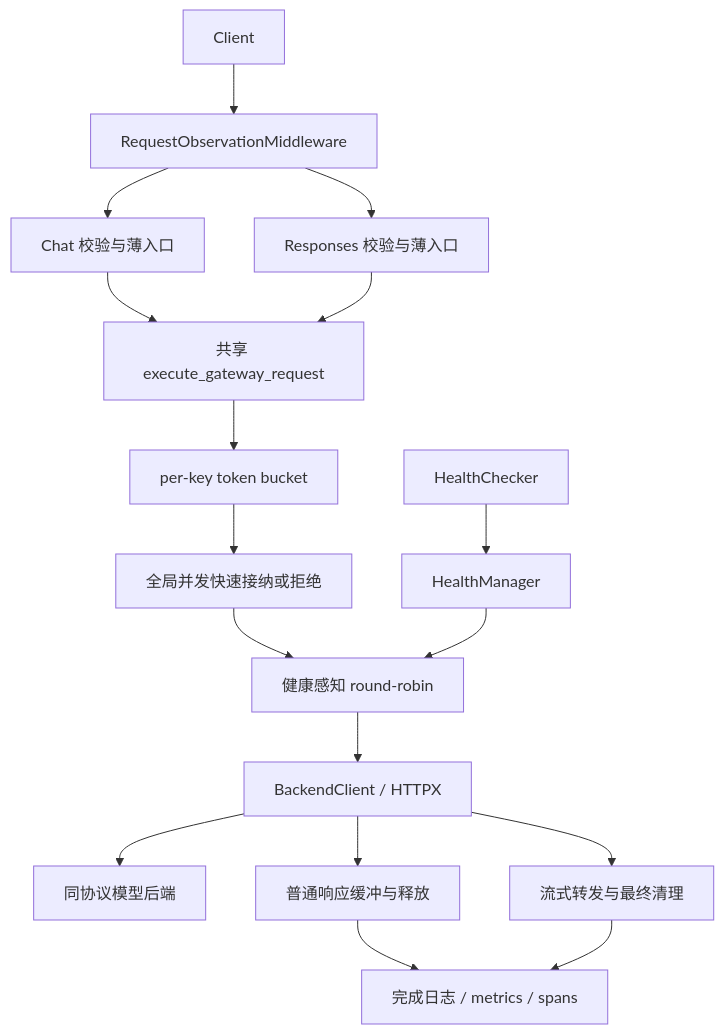
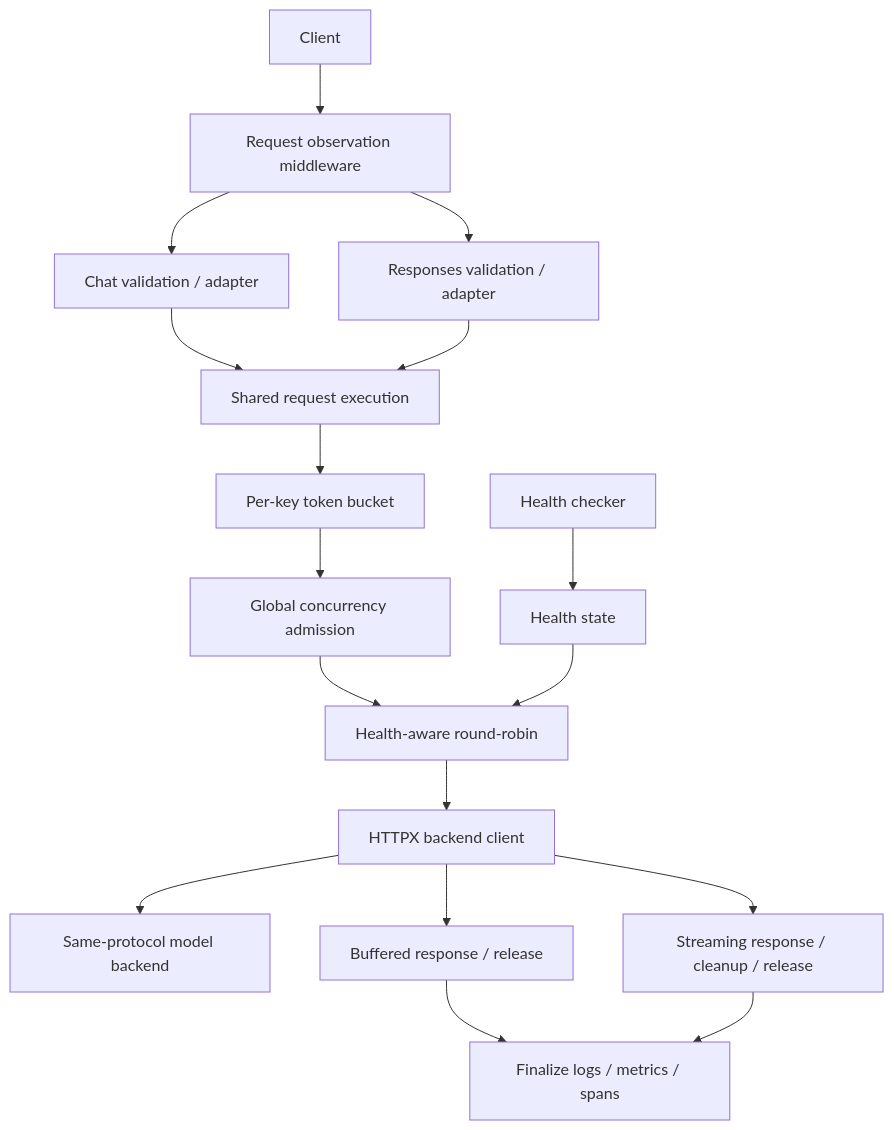
One commit to Zemaokk/infergate changed the diagram in docs/ARCHITECTURE.md. Above: the diagram before and after it, drawn with Mermaid. The commit also changed other lines of this file and 6 other files, not shown here.

````diff
--- a/docs/ARCHITECTURE.md
+++ b/docs/ARCHITECTURE.md
@@ -7,19 +11,19 @@
 ```mermaid
 flowchart TD
-    Client --> Observer[RequestObservationMiddleware]
-    Observer --> Chat[Chat 校验与薄入口]
-    Observer --> Responses[Responses 校验与薄入口]
-    Chat --> Core[共享 execute_gateway_request]
+    Client --> Observer[Request observation middleware]
+    Observer --> Chat[Chat validation / adapter]
+    Observer --> Responses[Responses validation / adapter]
+    Chat --> Core[Shared request execution]
     Responses --> Core
-    Core --> Key[per-key token bucket]
-    Key --> Capacity[全局并发快速接纳或拒绝]
-    Capacity --> Router[健康感知 round-robin]
-    Router --> HTTP[BackendClient / HTTPX]
-    HTTP --> Backend[同协议模型后端]
-    Probes[HealthChecker] --> Health[HealthManager]
+    Core --> Key[Per-key token bucket]
+    Key --> Capacity[Global concurrency admission]
+    Capacity --> Router[Health-aware round-robin]
+    Router --> HTTP[HTTPX backend client]
+    HTTP --> Backend[Same-protocol model backend]
+    Probes[Health checker] --> Health[Health state]
     Health --> Router
-    HTTP --> Buffered[普通响应缓冲与释放]
-    HTTP --> Stream[流式转发与最终清理]
-    Buffered --> Final[完成日志 / metrics / spans]
+    HTTP --> Buffered[Buffered response / release]
+    HTTP --> Stream[Streaming response / cleanup / release]
+    Buffered --> Final[Finalize logs / metrics / spans]
     Stream --> Final
 ```
````
